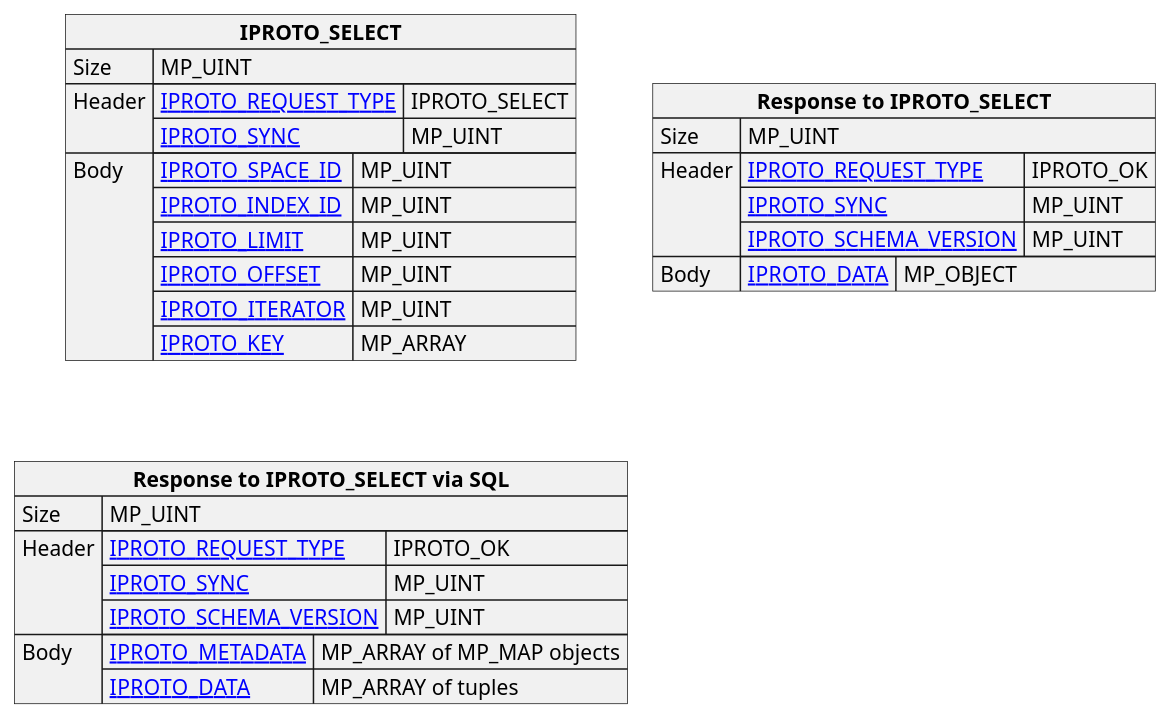
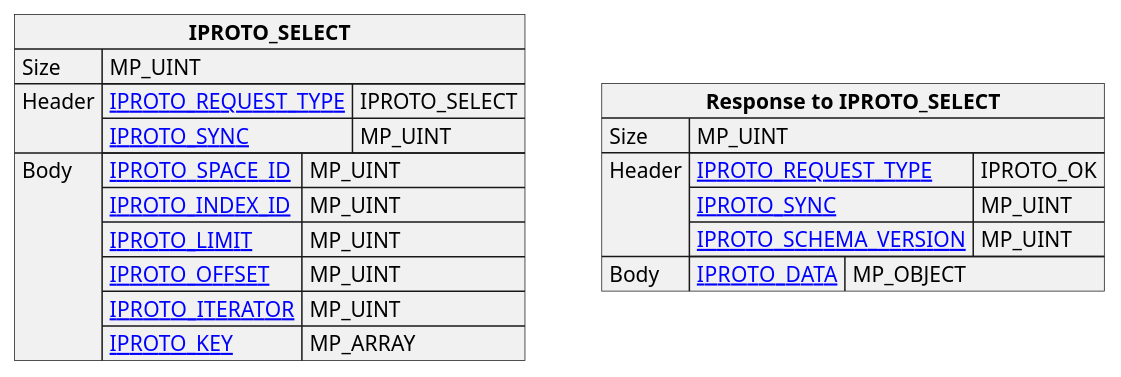
One commit to tarantool/doc changed the diagram in doc/dev_guide/internals/iproto/images/select.puml. Above: the diagram before and after it, drawn with PlantUML. The commit also changed 3 other files, not shown here.

Commit message:
Remove SQL response from SELECT and INSERT packet schemes

```diff
--- a/doc/dev_guide/internals/iproto/images/select.puml
+++ b/doc/dev_guide/internals/iproto/images/select.puml
@@ -1,51 +1,38 @@
 @startuml
 
 skinparam map {
     HyperlinkColor #0077FF
     FontColor #313131
     BorderColor #313131
     BackgroundColor transparent
 }
 
 json "**IPROTO_SELECT**" as select {
     "Size": "MP_UINT",
     "Header": {
     "[[tarantool.io/en/doc/latest/dev_guide/internals/iproto/keys IPROTO_REQUEST_TYPE]]": "IPROTO_SELECT",
     "[[tarantool.io/en/doc/latest/dev_guide/internals/iproto/keys IPROTO_SYNC]]": "MP_UINT"
     },
     "Body": {
     "[[tarantool.io/en/doc/latest/dev_guide/internals/iproto/keys IPROTO_SPACE_ID]]": "MP_UINT",
     "[[tarantool.io/en/doc/latest/dev_guide/internals/iproto/keys IPROTO_INDEX_ID]]": "MP_UINT",
     "[[tarantool.io/en/doc/latest/dev_guide/internals/iproto/keys IPROTO_LIMIT]]": "MP_UINT",
     "[[tarantool.io/en/doc/latest/dev_guide/internals/iproto/keys IPROTO_OFFSET]]": "MP_UINT",
     "[[tarantool.io/en/doc/latest/dev_guide/internals/iproto/keys IPROTO_ITERATOR]]": "MP_UINT",
     "[[tarantool.io/en/doc/latest/dev_guide/internals/iproto/keys IPROTO_KEY]]": "MP_ARRAY"
     }
 }
 
 json "**Response to IPROTO_SELECT**" as select_response {
     "Size": "MP_UINT",
     "Header": {
     "[[tarantool.io/en/doc/latest/dev_guide/internals/iproto/keys IPROTO_REQUEST_TYPE]]": "IPROTO_OK",
     "[[tarantool.io/en/doc/latest/dev_guide/internals/iproto/keys IPROTO_SYNC]]": "MP_UINT",
     "[[tarantool.io/en/doc/latest/dev_guide/internals/iproto/keys IPROTO_SCHEMA_VERSION]]": "MP_UINT"
     },
     "Body": {
     "[[tarantool.io/en/doc/latest/dev_guide/internals/iproto/keys IPROTO_DATA]]": "MP_OBJECT"
     }
 }
 
-json "**Response to IPROTO_SELECT via SQL**" as select_response_sql {
-    "Size": "MP_UINT",
-    "Header": {
-    "[[tarantool.io/en/doc/latest/dev_guide/internals/iproto/keys IPROTO_REQUEST_TYPE]]": "IPROTO_OK",
-    "[[tarantool.io/en/doc/latest/dev_guide/internals/iproto/keys IPROTO_SYNC]]": "MP_UINT",
-    "[[tarantool.io/en/doc/latest/dev_guide/internals/iproto/keys IPROTO_SCHEMA_VERSION]]": "MP_UINT"
-    },
-    "Body": {
-    "[[tarantool.io/en/doc/latest/dev_guide/internals/iproto/keys IPROTO_METADATA]]": "MP_ARRAY of MP_MAP objects",
-    "[[tarantool.io/en/doc/latest/dev_guide/internals/iproto/keys IPROTO_DATA]]": "MP_ARRAY of tuples"
-    }
-}
-
 @enduml
```
